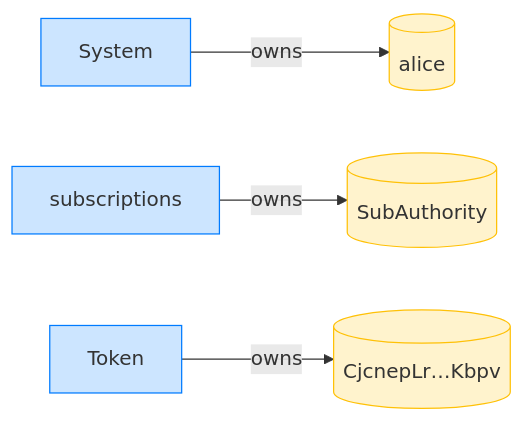
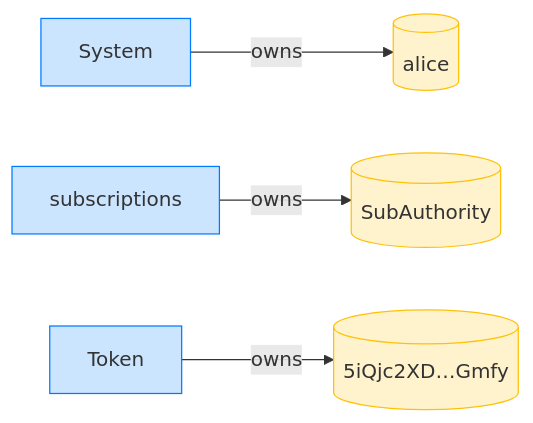
The fourth of 8 diagrams in dsl_tests/fixed-transfer-exceeding-the-allowance-is-refused.md (cds-rs/subscriptions), drawn with Mermaid before and after one commit. The commit also changed other lines of this file and 224 other files, not shown here.

````diff
--- a/dsl_tests/fixed-transfer-exceeding-the-allowance-is-refused.md
+++ b/dsl_tests/fixed-transfer-exceeding-the-allowance-is-refused.md
@@ -73,14 +78,14 @@
 ```mermaid
 flowchart LR
     classDef owner fill:#cce5ff,stroke:#007bff;
     classDef account fill:#fff3cd,stroke:#ffc107;
     System[System]:::owner
     alice[(alice)]:::account
     subscriptions[subscriptions]:::owner
     SubAuthority[(SubAuthority)]:::account
     Token[Token]:::owner
-    CjcnepLr_Kbpv[("CjcnepLr…Kbpv")]:::account
+    5iQjc2XD_Gmfy[("5iQjc2XD…Gmfy")]:::account
     System -->|owns| alice
     subscriptions -->|owns| SubAuthority
-    Token -->|owns| CjcnepLr_Kbpv
+    Token -->|owns| 5iQjc2XD_Gmfy
 ```
````
